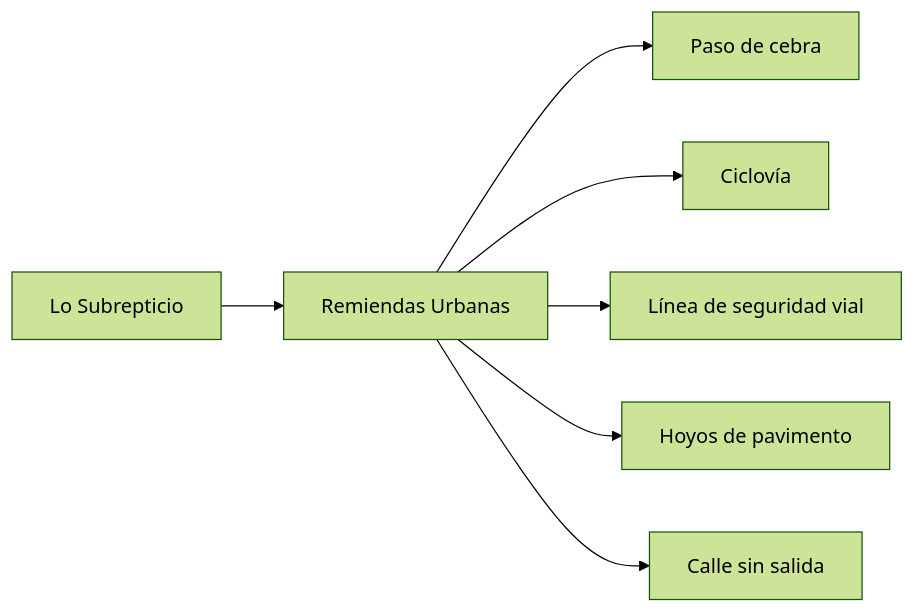
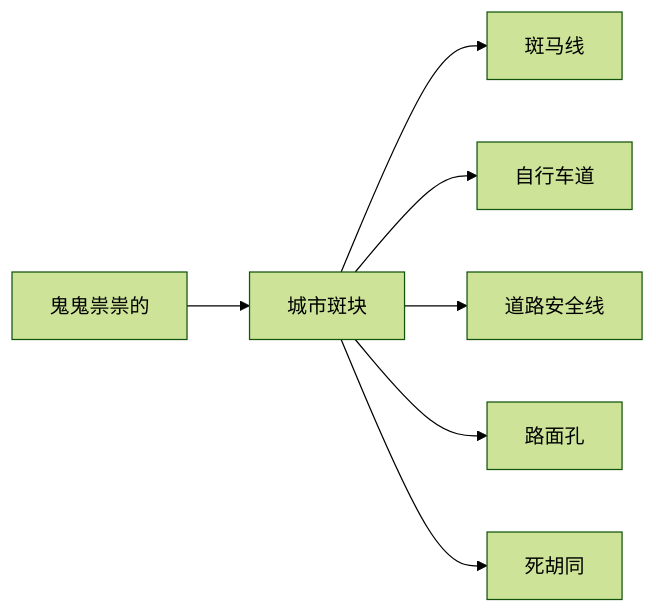
The diagram in CHN/subrep-remiendas-urbanas.md (EGGS-Artesvisuales/EGGS-Artesvisuales.github.io), drawn with Mermaid (forest theme) before and after one commit. The commit also changed other lines of this file and 43 other files, not shown here.

```diff
--- a/CHN/subrep-remiendas-urbanas.md
+++ b/CHN/subrep-remiendas-urbanas.md
@@ -32,9 +32,9 @@
 <div class="mermaid">
 graph LR
-  B[Lo Subrepticio] --> B1[Remiendas Urbanas]
-  B1 --> R1[Paso de cebra]
-  B1 --> R2[Ciclovía]
-  B1 --> R3[Línea de seguridad vial]
-  B1 --> R4[Hoyos de pavimento]
-  B1 --> R5[Calle sin salida]
+  B[鬼鬼祟祟的] --> B1[城市斑块]
+  B1 --> R1[斑马线]
+  B1 --> R2[自行车道]
+  B1 --> R3[道路安全线]
+  B1 --> R4[路面孔]
+  B1 --> R5[死胡同]
 </div>
```
